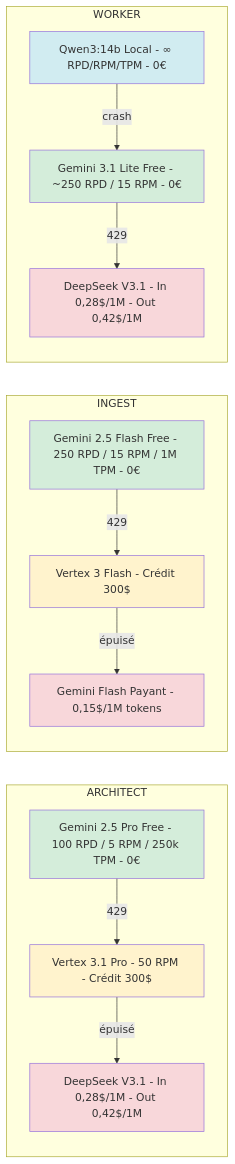
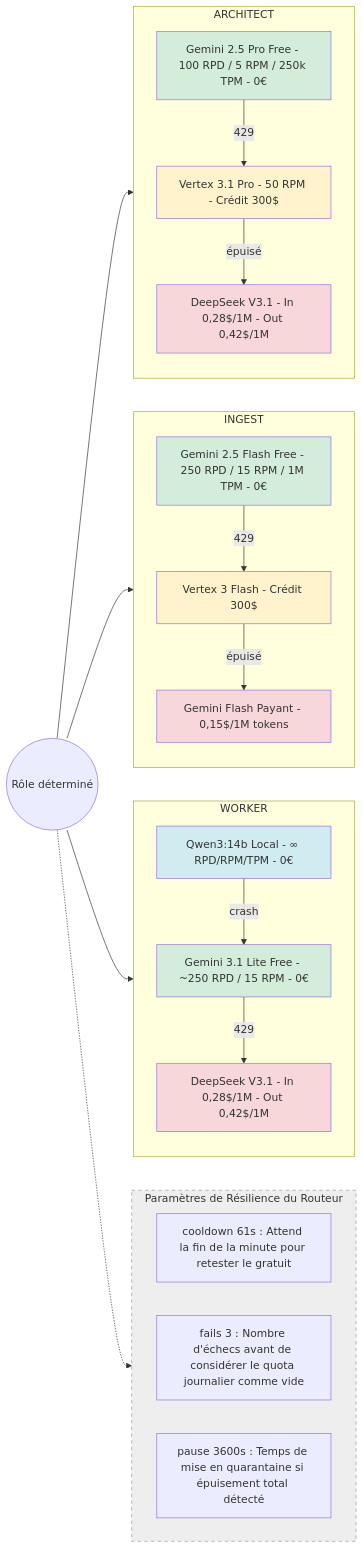
One commit to nghiaphan31/albert-agile changed the third of 4 diagrams in specs/plans/Strategie_Routage_Intelligent_Proposition_Gemini.md. Above: the diagram before and after it, drawn with Mermaid. The commit also changed other lines of this file, not shown here.

First line of the commit message:
docs(specs): flux principal scindé en 2 diagrammes Mermaid

````diff
--- a/specs/plans/Strategie_Routage_Intelligent_Proposition_Gemini.md
+++ b/specs/plans/Strategie_Routage_Intelligent_Proposition_Gemini.md
@@ -95,27 +116,43 @@
 ```mermaid
 flowchart LR
-    subgraph ARCHITECT[ARCHITECT]
+    Role((Rôle déterminé)) --> ARCHITECT
+    Role --> INGEST
+    Role --> WORKER
+
+    subgraph ARCHITECT [ARCHITECT]
         direction TB
         Arc1["Gemini 2.5 Pro Free - 100 RPD / 5 RPM / 250k TPM - 0€"] -->|429| Arc2["Vertex 3.1 Pro - 50 RPM - Crédit 300$"]
         Arc2 -->|épuisé| Arc3["DeepSeek V3.1 - In 0,28$/1M - Out 0,42$/1M"]
     end
-    subgraph INGEST[INGEST]
+
+    subgraph INGEST [INGEST]
         direction TB
         Ing1["Gemini 2.5 Flash Free - 250 RPD / 15 RPM / 1M TPM - 0€"] -->|429| Ing2["Vertex 3 Flash - Crédit 300$"]
         Ing2 -->|épuisé| Ing3["Gemini Flash Payant - 0,15$/1M tokens"]
     end
-    subgraph WORKER[WORKER]
+
+    subgraph WORKER [WORKER]
         direction TB
         Wor1["Qwen3:14b Local - ∞ RPD/RPM/TPM - 0€"] -->|crash| Wor2["Gemini 3.1 Lite Free - ~250 RPD / 15 RPM - 0€"]
         Wor2 -->|429| Wor3["DeepSeek V3.1 - In 0,28$/1M - Out 0,42$/1M"]
     end
+
+    subgraph Router_Params [Paramètres de Résilience du Routeur]
+        direction LR
+        R1[cooldown 61s : Attend la fin de la minute pour retester le gratuit]
+        R2[fails 3 : Nombre d'échecs avant de considérer le quota journalier comme vide]
+        R3[pause 3600s : Temps de mise en quarantaine si épuisement total détecté]
+    end
+    Role -.-> Router_Params
+
     style Arc1 fill:#d4edda
     style Ing1 fill:#d4edda
     style Wor1 fill:#d1ecf1
     style Wor2 fill:#d4edda
     style Arc2 fill:#fff3cd
     style Ing2 fill:#fff3cd
     style Arc3 fill:#f8d7da
     style Ing3 fill:#f8d7da
     style Wor3 fill:#f8d7da
+    style Router_Params fill:#eee,stroke:#999,stroke-dasharray: 5 5
 ```
````
